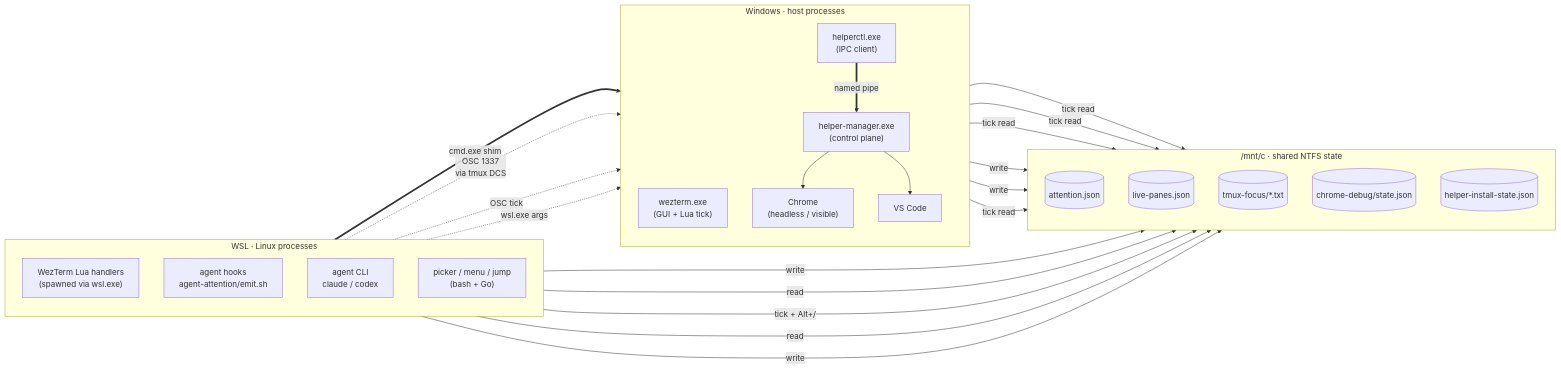
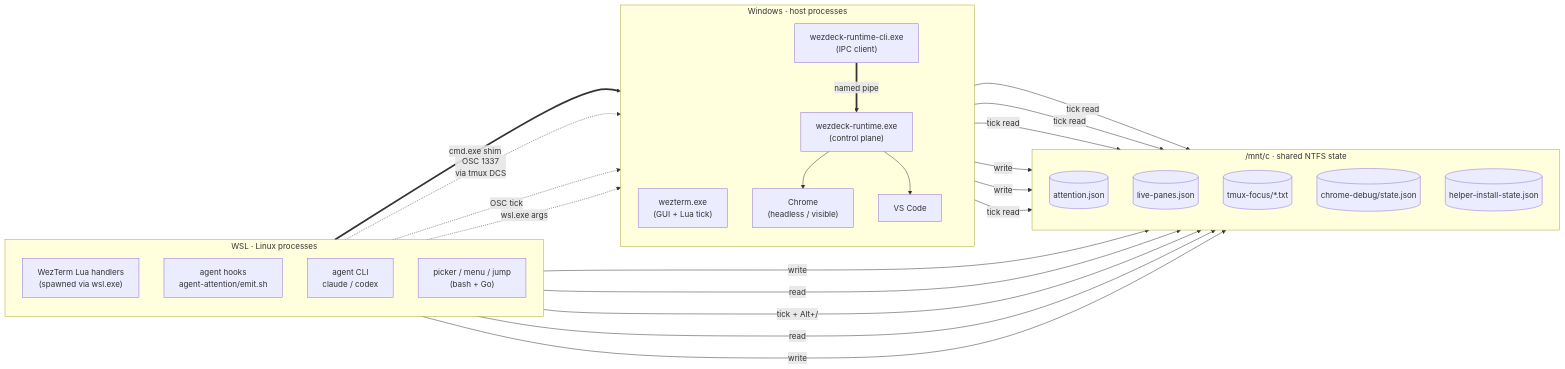
The second of 3 diagrams in docs/architecture.md (yunsii/wezdeck), drawn with Mermaid before and after one commit. The commit also changed other lines of this file and 175 other files, not shown here.

Commit message:
feat(wezdeck): ship runtime console and AI Deck site

````diff
--- a/docs/architecture.md
+++ b/docs/architecture.md
@@ -259,52 +260,52 @@
 ```mermaid
 flowchart LR
   subgraph WSL["WSL · Linux processes"]
     direction TB
     W_LUA["WezTerm Lua handlers<br/>(spawned via wsl.exe)"]
     W_HOOK["agent hooks<br/>agent-attention/emit.sh"]
     W_AGENT["agent CLI<br/>claude / codex"]
     W_BASH["picker / menu / jump<br/>(bash + Go)"]
   end
 
   subgraph FS["/mnt/c · shared NTFS state"]
     direction TB
     F_ATT[("attention.json")]
     F_LIVE[("live-panes.json")]
     F_FOCUS[("tmux-focus/*.txt")]
     F_CHROME[("chrome-debug/state.json")]
     F_HELPER[("helper-install-state.json")]
   end
 
   subgraph WIN["Windows · host processes"]
     direction TB
     H_WEZ["wezterm.exe<br/>(GUI + Lua tick)"]
-    H_CTL["helperctl.exe<br/>(IPC client)"]
-    H_MGR["helper-manager.exe<br/>(control plane)"]
+    H_CTL["wezdeck-runtime-cli.exe<br/>(IPC client)"]
+    H_MGR["wezdeck-runtime.exe<br/>(control plane)"]
     H_CHR["Chrome<br/>(headless / visible)"]
     H_VSC["VS Code"]
   end
 
   W_BASH ==>|"cmd.exe shim"| H_CTL
   H_CTL ==>|"named pipe"| H_MGR
   H_MGR --> H_CHR
   H_MGR --> H_VSC
 
   W_AGENT -.->|"OSC 1337<br/>via tmux DCS"| H_WEZ
   W_HOOK  -.->|"OSC tick"| H_WEZ
   W_LUA   -.->|"wsl.exe args"| H_WEZ
 
   W_HOOK -- write --> F_ATT
   W_BASH -- read --> F_ATT
   W_LUA  -- "tick + Alt+/" --> F_LIVE
   W_BASH -- read --> F_LIVE
   W_BASH -- write --> F_FOCUS
   H_WEZ  -- "tick read" --> F_ATT
   H_WEZ  -- "tick read" --> F_LIVE
   H_WEZ  -- "tick read" --> F_FOCUS
   H_MGR  -- write --> F_CHROME
   H_MGR  -- write --> F_HELPER
   H_WEZ  -- "tick read" --> F_CHROME
 
   classDef pipe stroke:#1f6feb,stroke-width:2px
   classDef osc  stroke:#9a6700,stroke-width:2px,stroke-dasharray:5 3
 ```
````
